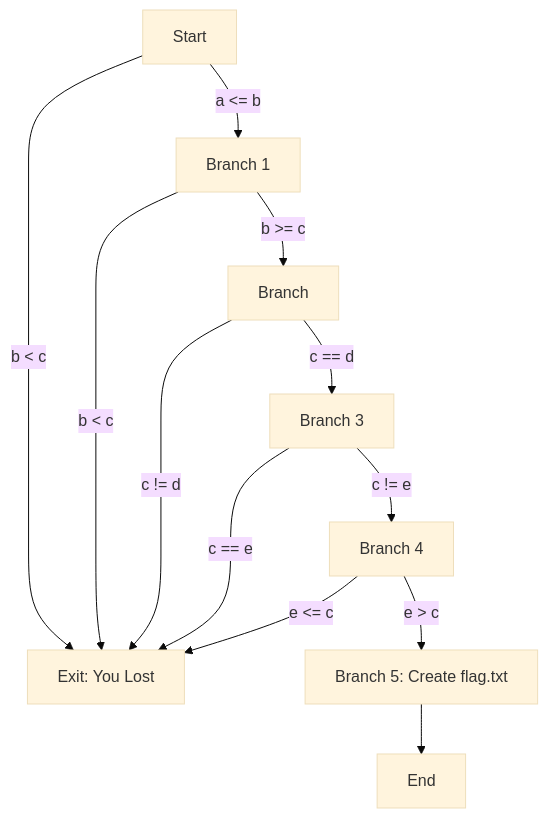
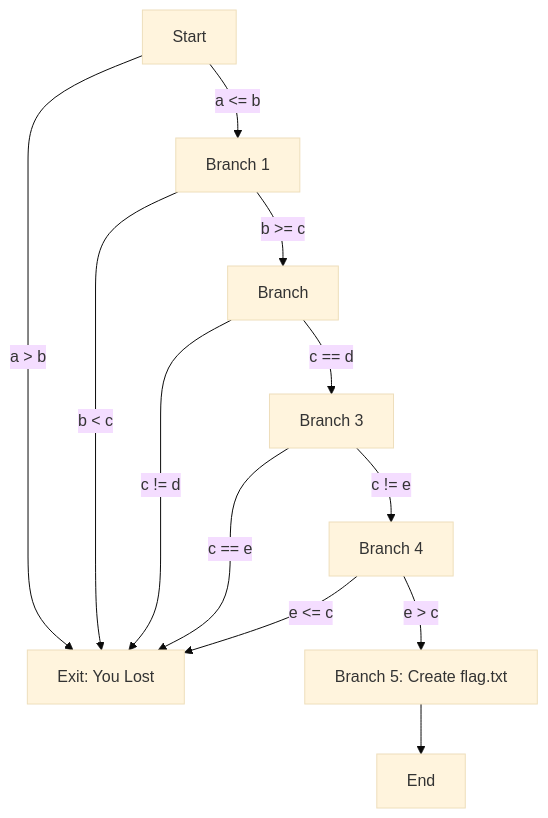
Before and after one commit to dbissell6/DFIR: the diagram in Malware_Analysis_Basics.md, drawn with Mermaid (base theme). The commit also changed other lines of this file, not shown here.

````diff
--- a/Malware_Analysis_Basics.md
+++ b/Malware_Analysis_Basics.md
@@ -21,14 +21,14 @@
 ```mermaid
 graph TD;
     A[Start] -->|a <= b| B[Branch 1]
-    A -->|b < c| X[Exit: You Lost]
+    A -->|a > b| X[Exit: You Lost]
     B -->|b >= c| C[Branch ]
     B -->|b < c| X[Exit: You Lost 2]
     C -->|c == d| D[Branch 3]
     C -->|c != d| X[Exit: You Lost 3]
     D -->|c != e| E[Branch 4]
     D -->|c == e| X[Exit: You Lost 4]
     E -->|e > c| F[Branch 5: Create flag.txt]
     E -->|e <= c| X[Exit: You Lost]
     F --> G[End]
 ```
````
